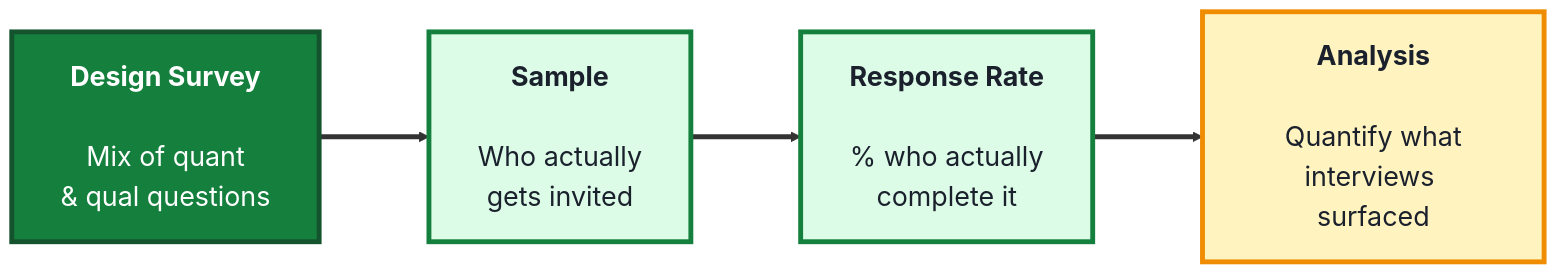
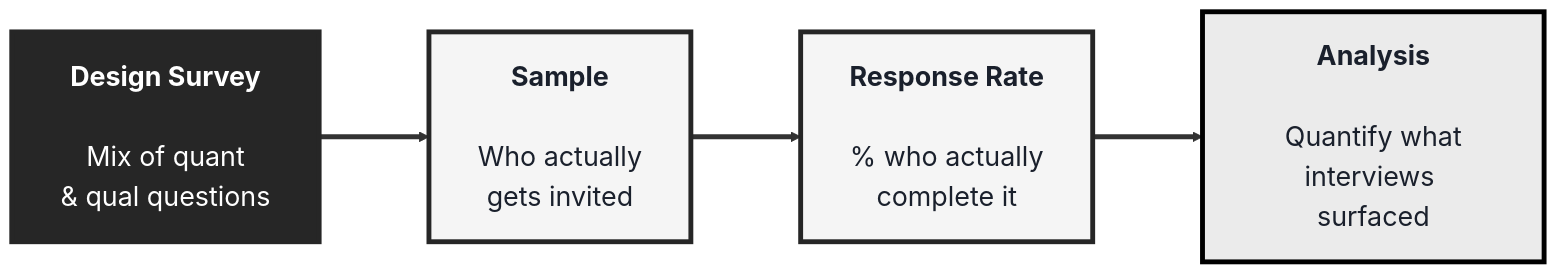
Before and after one commit to SHEMODELTECH/shemodeltech: the third of 3 diagrams in src/Pages/courses/TechPO/user-research-module.md, drawn with Mermaid. The commit also changed other lines of this file and 46 other files, not shown here.

````diff
--- a/src/Pages/courses/TechPO/user-research-module.md
+++ b/src/Pages/courses/TechPO/user-research-module.md
@@ -137,16 +137,16 @@
 ```mermaid
-%%{init: {'theme':'base', 'themeVariables': {'fontSize':'22px', 'primaryTextColor':'#1a202c', 'primaryBorderColor':'#15803d', 'lineColor':'#333333'}, 'flowchart': {'nodeSpacing': 70, 'rankSpacing': 90, 'padding': 20}}}%%
+%%{init: {'theme':'base', 'themeVariables': {'fontSize':'22px', 'primaryTextColor':'#1a202c', 'primaryBorderColor':'#262626', 'lineColor':'#333333'}, 'flowchart': {'nodeSpacing': 70, 'rankSpacing': 90, 'padding': 20}}}%%
 flowchart LR
     D["<b>Design Survey</b><br/><br/>Mix of quant<br/>& qual questions"]
     SM["<b>Sample</b><br/><br/>Who actually<br/>gets invited"]
     RR["<b>Response Rate</b><br/><br/>% who actually<br/>complete it"]
     A["<b>Analysis</b><br/><br/>Quantify what<br/>interviews surfaced"]
 
     D ==> SM ==> RR ==> A
 
-    style D fill:#15803d,color:#fff,stroke:#14532d,stroke-width:4px
-    style SM fill:#dcfce7,color:#1a202c,stroke:#15803d,stroke-width:4px
-    style RR fill:#dcfce7,color:#1a202c,stroke:#15803d,stroke-width:4px
-    style A fill:#fff3bf,color:#1a202c,stroke:#f08c00,stroke-width:4px
+    style D fill:#262626,color:#fff,stroke:#262626,stroke-width:4px
+    style SM fill:#F5F5F5,color:#1a202c,stroke:#262626,stroke-width:4px
+    style RR fill:#F5F5F5,color:#1a202c,stroke:#262626,stroke-width:4px
+    style A fill:#EBEBEB,color:#1a202c,stroke:#000000,stroke-width:4px
     linkStyle default stroke-width:4px,stroke:#333333
 ```
````
